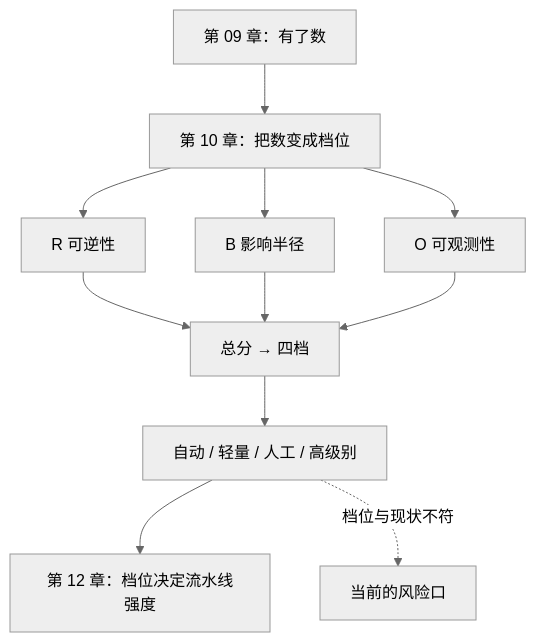
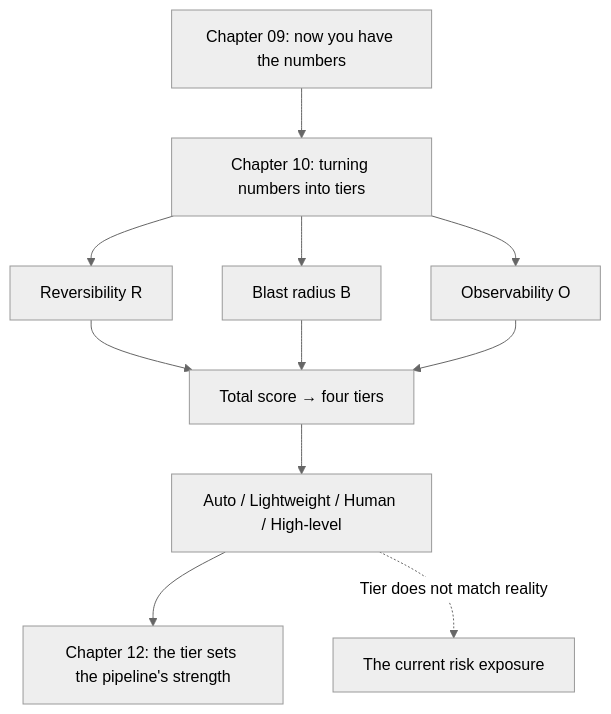
One commit to xzlxiao/vibe-coding-textbook changed the diagram in phase3/chapters/ch10-risk-tiers.md. Above: the diagram before and after it, drawn with Mermaid (neutral theme). The commit also changed other lines of this file and 12 other files, not shown here.

````diff
--- a/phase3/chapters/ch10-risk-tiers.md
+++ b/phase3/chapters/ch10-risk-tiers.md
@@ -152,13 +152,13 @@
 ```mermaid
 flowchart TD
-    A["第 09 章：有了数"] --> B["第 10 章：把数变成档位"]
-    B --> C["R 可逆性"]
-    B --> D["B 影响半径"]
-    B --> E["O 可观测性"]
-    C --> F["总分 → 四档"]
+    A["Chapter 09: now you have the numbers"] --> B["Chapter 10: turning numbers into tiers"]
+    B --> C["Reversibility R"]
+    B --> D["Blast radius B"]
+    B --> E["Observability O"]
+    C --> F["Total score → four tiers"]
     D --> F
     E --> F
-    F --> G["自动 / 轻量 / 人工 / 高级别"]
-    G --> H["第 12 章：档位决定流水线强度"]
-    G -.->|"档位与现状不符"| I["当前的风险口"]
+    F --> G["Auto / Lightweight / Human / High-level"]
+    G --> H["Chapter 12: the tier sets the pipeline's strength"]
+    G -.->|"Tier does not match reality"| I["The current risk exposure"]
 ```
````
